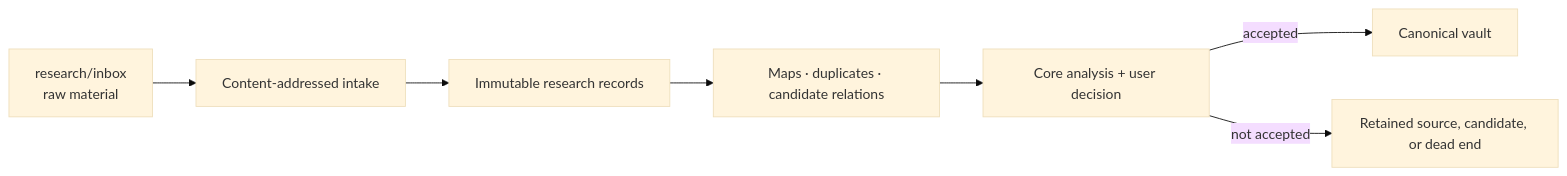
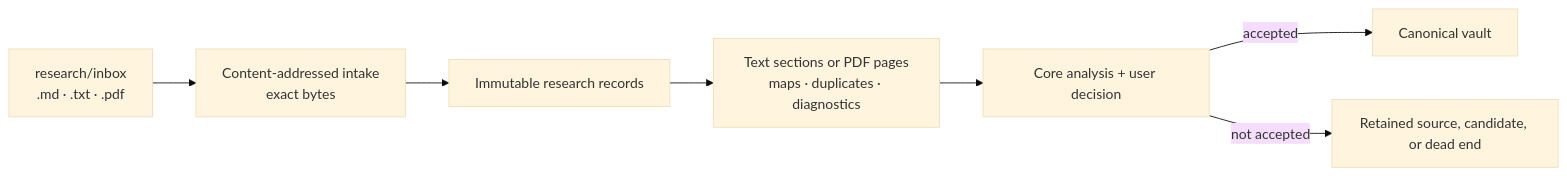
The second of 9 diagrams in docs/SYSTEM_USER_GUIDE.md (hancockm/governed-codex-bootstrap), drawn with Mermaid (base theme) before and after one commit. The commit also changed other lines of this file and 21 other files, not shown here.

Commit message:
feat(research): add governed PDF intake support

````diff
--- a/docs/SYSTEM_USER_GUIDE.md
+++ b/docs/SYSTEM_USER_GUIDE.md
@@ -176,9 +209,9 @@
 ```mermaid
 flowchart LR
-    Raw["research/inbox<br/>raw material"] --> Intake["Content-addressed intake"]
+    Raw["research/inbox<br/>.md · .txt · .pdf"] --> Intake["Content-addressed intake<br/>exact bytes"]
     Intake --> Records["Immutable research records"]
-    Records --> Organize["Maps · duplicates · candidate relations"]
+    Records --> Organize["Text sections or PDF pages<br/>maps · duplicates · diagnostics"]
     Organize --> Review["Core analysis + user decision"]
     Review -->|accepted| Canonical["Canonical vault"]
     Review -->|not accepted| Evidence["Retained source, candidate, or dead end"]
 ```
````
